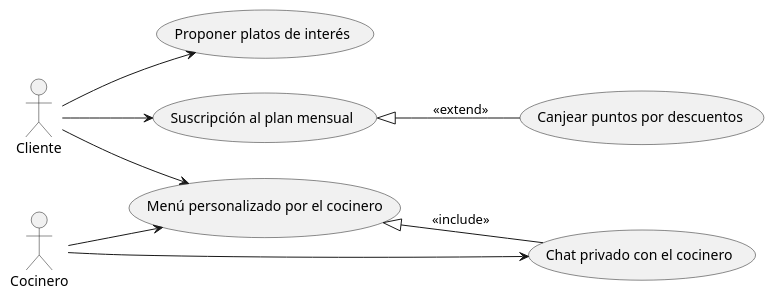
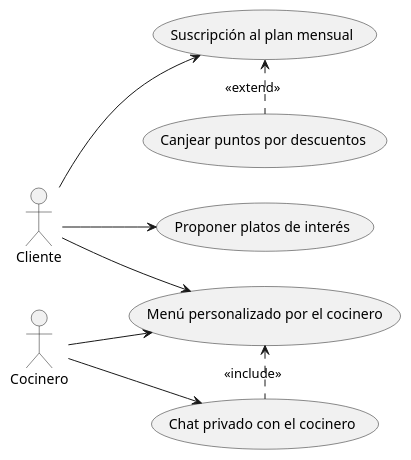
Before and after one commit to dabien3/ES25UAB-511-05: the diagram in documents/Diagrames Casos d'Us/Code Plantuml/code_bloq6.pUML, drawn with PlantUML. The commit also changed 7 other files, not shown here.

Commit message:
Correccion flechas include y extend, ademas de la eliminacion del B7

```diff
--- a/documents/Diagrames Casos d'Us/Code Plantuml/code_bloq6.pUML
+++ b/documents/Diagrames Casos d'Us/Code Plantuml/code_bloq6.pUML
@@ -1,21 +1,21 @@
 @startuml
 left to right direction
 
 actor Cliente
 actor Cocinero
 
 usecase "Proponer platos de interés" as ProponerPlatos
 usecase "Chat privado con el cocinero" as ChatCocinero
 usecase "Menú personalizado por el cocinero" as MenuPersonalizado
 usecase "Suscripción al plan mensual" as PlanMensual
 usecase "Canjear puntos por descuentos" as CanjearPuntos
 
 Cliente --> ProponerPlatos
 Cliente --> MenuPersonalizado
 Cliente --> PlanMensual
 
-MenuPersonalizado <|-- ChatCocinero : <<include>>
-PlanMensual <|-- CanjearPuntos : <<extend>>
+MenuPersonalizado <. ChatCocinero : <<include>>
+PlanMensual <. CanjearPuntos : <<extend>>
 Cocinero --> ChatCocinero
 Cocinero --> MenuPersonalizado
 @enduml
```
